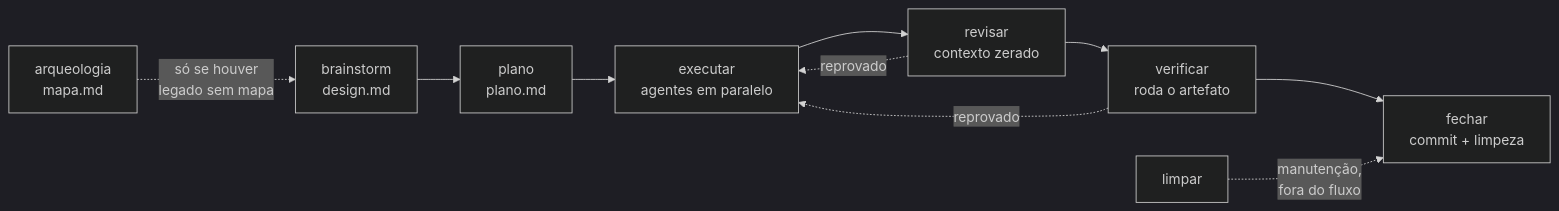
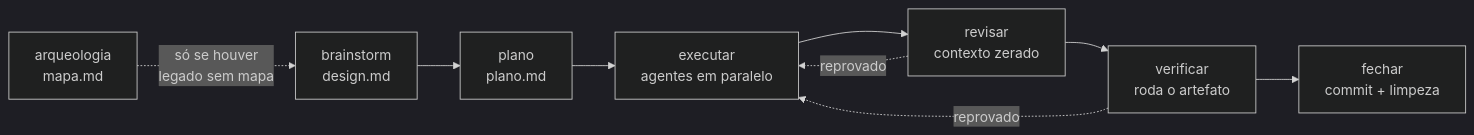
Before and after one commit to luisfmontes/rainforest-mind: the diagram in README.md, drawn with Mermaid (dark theme). The commit also changed other lines of this file and 5 other files, not shown here.

````diff
--- a/README.md
+++ b/README.md
@@ -91,12 +89,11 @@
 ```mermaid
 flowchart LR
     A["arqueologia<br/>mapa.md"] -.->|"só se houver<br/>legado sem mapa"| B
     B["brainstorm<br/>design.md"] --> P["plano<br/>plano.md"]
     P --> E["executar<br/>agentes em paralelo"]
     E --> R["revisar<br/>contexto zerado"]
     R --> V["verificar<br/>roda o artefato"]
     V --> F["fechar<br/>commit + limpeza"]
     R -.->|"reprovado"| E
     V -.->|"reprovado"| E
-    L["limpar"] -.->|"manutenção,<br/>fora do fluxo"| F
 ```
````
